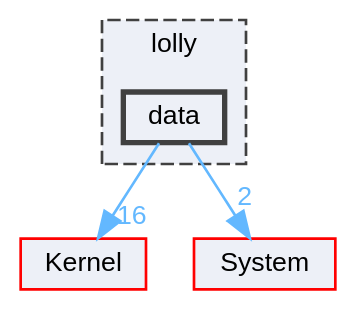
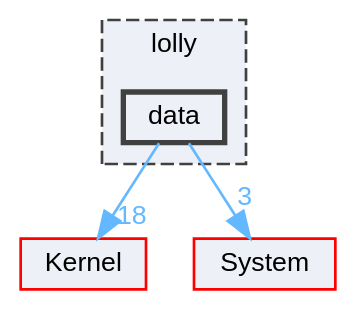
Before and after one commit to XmacsLabs/lolly: the diagram in dir_7d7415eea8157022d4b7478c2ca2ea49_dep.dot, drawn with Graphviz. The commit also changed 922 other files, not shown here.

```diff
--- a/dir_7d7415eea8157022d4b7478c2ca2ea49_dep.dot
+++ b/dir_7d7415eea8157022d4b7478c2ca2ea49_dep.dot
@@ -1,16 +1,16 @@
 digraph "data"
 {
  // LATEX_PDF_SIZE
   bgcolor="transparent";
   edge [fontname=Helvetica,fontsize=10,labelfontname=Helvetica,labelfontsize=10];
   node [fontname=Helvetica,fontsize=10,shape=box,height=0.2,width=0.4];
   compound=true
   subgraph clusterdir_4e4e38b7a3cbd015b31043c806009c51 {
     graph [ bgcolor="#edf0f7", pencolor="grey25", label="lolly", fontname=Helvetica,fontsize=10 style="filled,dashed", URL="dir_4e4e38b7a3cbd015b31043c806009c51.html",tooltip=""]
   dir_7d7415eea8157022d4b7478c2ca2ea49 [label="data", fillcolor="#edf0f7", color="grey25", style="filled,bold", URL="dir_7d7415eea8157022d4b7478c2ca2ea49.html",tooltip=""];
   }
   dir_52bed8acfaac088d5968cb2c84d7645d [label="Kernel", fillcolor="#edf0f7", color="red", style="filled", URL="dir_52bed8acfaac088d5968cb2c84d7645d.html",tooltip=""];
   dir_9af51e3826d4f9e80d9103b2de543e84 [label="System", fillcolor="#edf0f7", color="red", style="filled", URL="dir_9af51e3826d4f9e80d9103b2de543e84.html",tooltip=""];
-  dir_7d7415eea8157022d4b7478c2ca2ea49->dir_52bed8acfaac088d5968cb2c84d7645d [headlabel="16", labeldistance=1.5 headhref="dir_000012_000030.html" href="dir_000012_000030.html" color="steelblue1" fontcolor="steelblue1"];
-  dir_7d7415eea8157022d4b7478c2ca2ea49->dir_9af51e3826d4f9e80d9103b2de543e84 [headlabel="2", labeldistance=1.5 headhref="dir_000012_000046.html" href="dir_000012_000046.html" color="steelblue1" fontcolor="steelblue1"];
+  dir_7d7415eea8157022d4b7478c2ca2ea49->dir_52bed8acfaac088d5968cb2c84d7645d [headlabel="18", labeldistance=1.5 headhref="dir_000012_000030.html" href="dir_000012_000030.html" color="steelblue1" fontcolor="steelblue1"];
+  dir_7d7415eea8157022d4b7478c2ca2ea49->dir_9af51e3826d4f9e80d9103b2de543e84 [headlabel="3", labeldistance=1.5 headhref="dir_000012_000046.html" href="dir_000012_000046.html" color="steelblue1" fontcolor="steelblue1"];
 }
```
